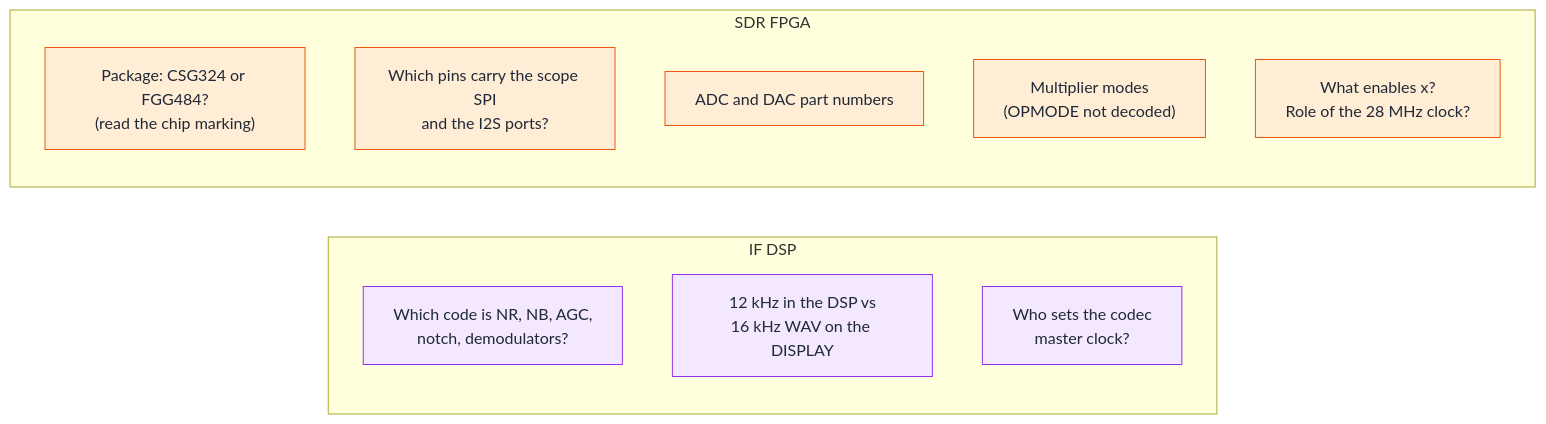
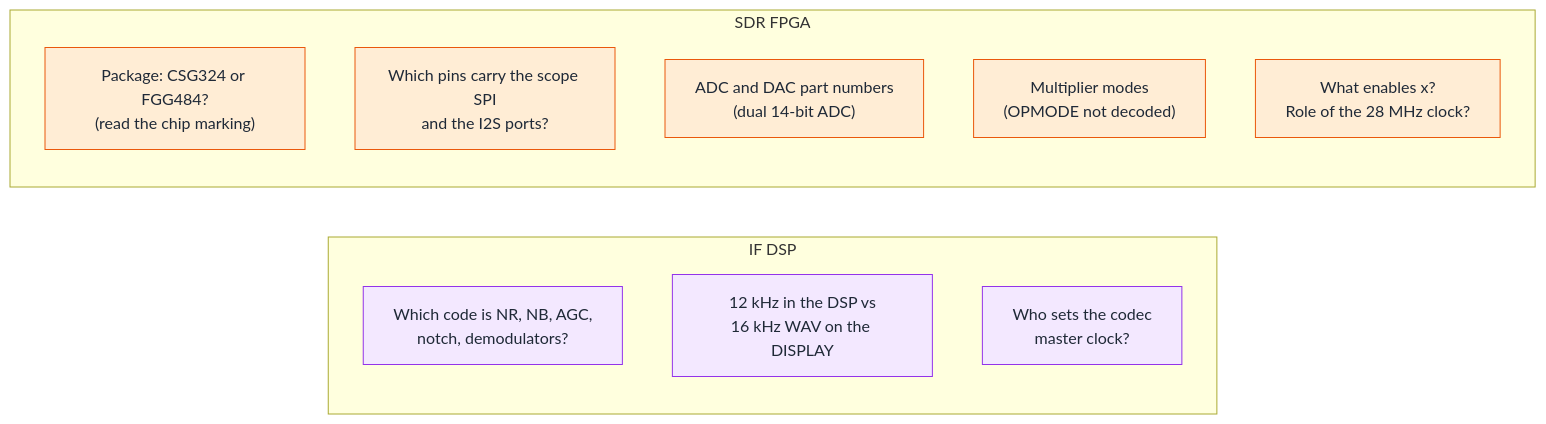
Before and after one commit to Reid-n0rc/FT-710_Firmware: diagram 14 of 15 in docs/guide/README.md, drawn with Mermaid. The commit also changed other lines of this file and 1 other file, not shown here.

First line of the commit message:
Guide: SDR module board under MAIN, divider + dual 14-bit ADC + dither D/A, 125 MSPS per channel; glossary Dither, Nyquist zone

````diff
--- a/docs/guide/README.md
+++ b/docs/guide/README.md
@@ -2082,19 +2087,19 @@
 ```mermaid
 flowchart LR
   subgraph IFDSP["IF DSP"]
     I1["Which code is NR, NB, AGC,<br/>notch, demodulators?"]
     I2["12 kHz in the DSP vs<br/>16 kHz WAV on the DISPLAY"]
     I3["Who sets the codec<br/>master clock?"]
   end
   subgraph SDR["SDR FPGA"]
     S1["Package: CSG324 or FGG484?<br/>(read the chip marking)"]
     S2["Which pins carry the scope SPI<br/>and the I2S ports?"]
-    S3["ADC and DAC part numbers"]
+    S3["ADC and DAC part numbers<br/>(dual 14-bit ADC)"]
     S4["Multiplier modes<br/>(OPMODE not decoded)"]
     S5["What enables x?<br/>Role of the 28 MHz clock?"]
   end
   classDef dsp fill:#F3E8FF,stroke:#9333EA,color:#1F2937
   classDef sdr fill:#FFEDD5,stroke:#EA580C,color:#1F2937
   class I1,I2,I3 dsp
   class S1,S2,S3,S4,S5 sdr
 ```
````
